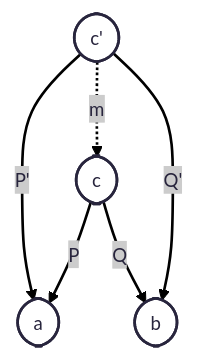
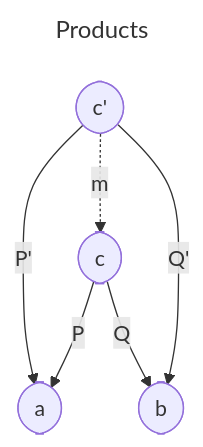
Before and after one commit to alexisbcc/category-theory: the third of 5 diagrams in README.md, drawn with Mermaid. The commit also changed other lines of this file, not shown here.

````diff
--- a/README.md
+++ b/README.md
@@ -156,12 +159,11 @@
 ```mermaid
 ---
-config:
-  theme: redux
+title: Products
 ---
 flowchart TD
     CP(["c'"]) -- P' --> A(["a"])
     C(["c"]) -- Q --> B(["b"])
     CP -- Q' --> B
     C -- P --> A
     CP -. m .-> C
 ```
````
